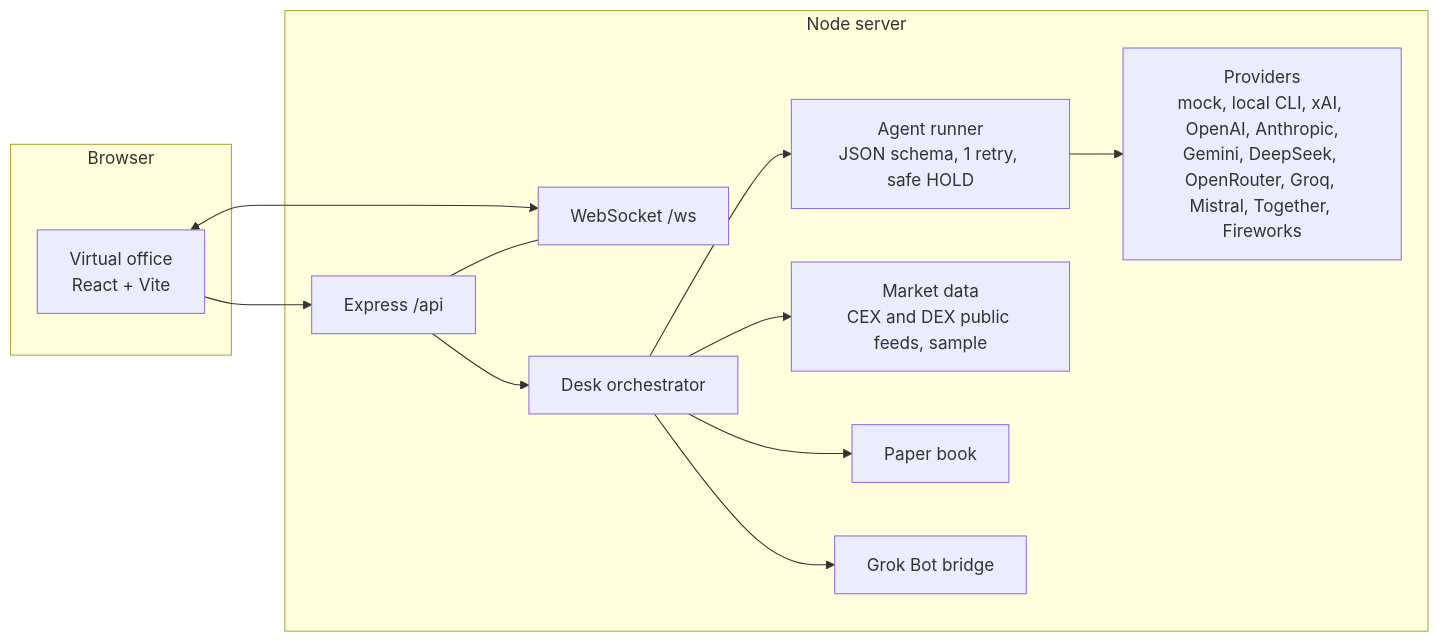
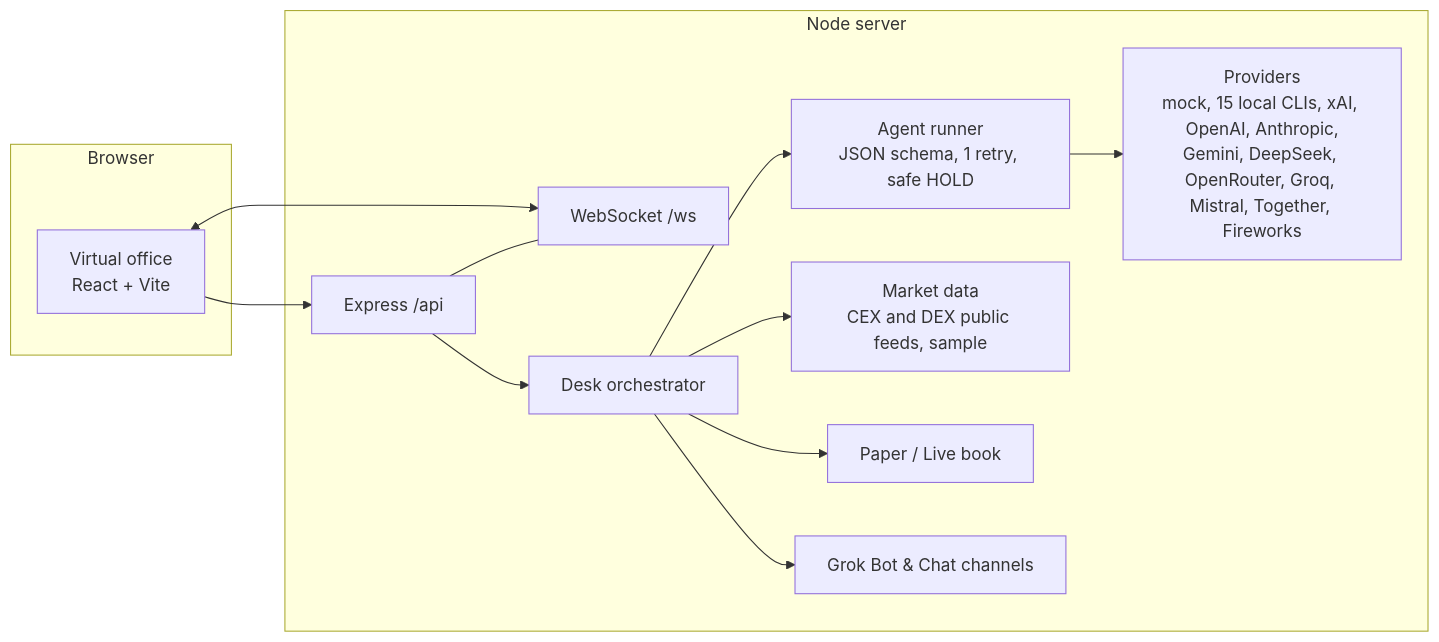
The second of 2 diagrams in README.md (aabrur/trading-agent-mpu-gandring), drawn with Mermaid before and after one commit. The commit also changed other lines of this file and 15 other files, not shown here.

````diff
--- a/README.md
+++ b/README.md
@@ -359,17 +290,17 @@
 ```mermaid
 flowchart LR
     subgraph Browser
-      UI[Virtual office<br/>React + Vite]
+      UI["Virtual office<br/>React + Vite"]
     end
-    subgraph Server[Node server]
-      API[Express /api] --- WS[WebSocket /ws]
-      API --> Desk[Desk orchestrator]
-      Desk --> Agents[Agent runner<br/>JSON schema, 1 retry, safe HOLD]
-      Agents --> Prov[Providers<br/>mock, local CLI, xAI, OpenAI, Anthropic,<br/>Gemini, DeepSeek, OpenRouter, Groq, Mistral, Together, Fireworks]
-      Desk --> Mkt[Market data<br/>CEX and DEX public feeds, sample]
-      Desk --> Book[Paper book]
-      Desk --> Bridge[Grok Bot bridge]
+    subgraph Server["Node server"]
+      API["Express /api"] --- WS["WebSocket /ws"]
+      API --> Desk["Desk orchestrator"]
+      Desk --> Agents["Agent runner<br/>JSON schema, 1 retry, safe HOLD"]
+      Agents --> Prov["Providers<br/>mock, 15 local CLIs, xAI, OpenAI, Anthropic,<br/>Gemini, DeepSeek, OpenRouter, Groq, Mistral, Together, Fireworks"]
+      Desk --> Mkt["Market data<br/>CEX and DEX public feeds, sample"]
+      Desk --> Book["Paper / Live book"]
+      Desk --> Bridge["Grok Bot & Chat channels"]
     end
     UI <--> WS
     UI --> API
 ```
````
